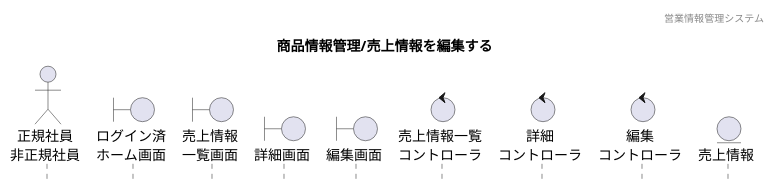
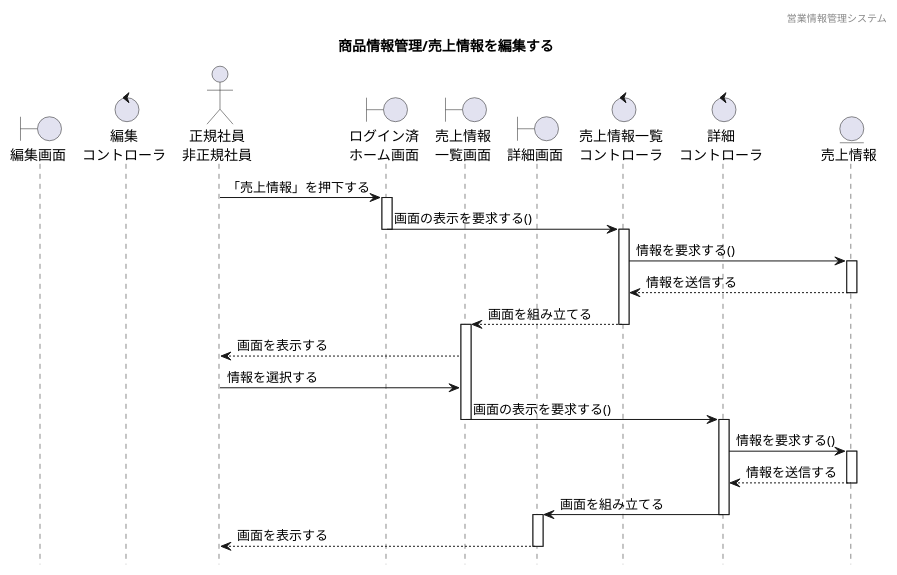
One commit to HaruShim/Sotuken changed the diagram in 各種設計書/4シーケンス図/商品情報管理/5.売上/未_売上情報管理_編集.plantuml. Above: the diagram before and after it, drawn with PlantUML. The commit also changed 9 other files, not shown here.

```diff
--- a/各種設計書/4シーケンス図/商品情報管理/5.売上/未_売上情報管理_編集.plantuml
+++ b/各種設計書/4シーケンス図/商品情報管理/5.売上/未_売上情報管理_編集.plantuml
@@ -1,24 +1,67 @@
 @startuml ../../images/売上/売上情報管理_編集
 
 hide footbox
 header 営業情報管理システム
 title 商品情報管理/売上情報を編集する
 
 ' actor "" as a
 actor "正規社員\n非正規社員" as a1
 
 ' boundary "" as b
 boundary "ログイン済\nホーム画面" as b1
 boundary "売上情報\n一覧画面" as b2
 boundary "詳細画面" as b3
 boundary "編集画面" as b4
 
 ' control "" as c
 control "売上情報一覧\nコントローラ" as c1
 control "詳細\nコントローラ" as c2
 control "編集\nコントローラ" as c3
 
 ' entity "" as e
 entity "売上情報" as e1
 
+' actor "" as a
+actor "正規社員\n非正規社員" as a1
+
+' boundary "" as b
+boundary "ログイン済\nホーム画面" as b1
+boundary "売上情報\n一覧画面" as b2
+boundary "詳細画面" as b3
+
+' control "" as c
+control "売上情報一覧\nコントローラ" as c1
+control "詳細\nコントローラ" as c2
+
+' entity "" as e
+entity "売上情報" as e1
+
+a1 -> b1 : 「売上情報」を押下する
+activate b1
+b1 -> c1 : 画面の表示を要求する()
+deactivate b1
+activate c1
+c1 -> e1 : 情報を要求する()
+activate e1
+e1 --> c1 : 情報を送信する
+deactivate e1
+c1 --> b2 : 画面を組み立てる
+deactivate c1
+activate b2
+b2 --> a1 : 画面を表示する
+a1 -> b2 : 情報を選択する
+b2 -> c2 : 画面の表示を要求する()
+deactivate b2
+activate c2
+c2 -> e1 : 情報を要求する()
+activate e1
+e1 --> c2 : 情報を送信する
+deactivate e1
+c2 -> b3 : 画面を組み立てる
+deactivate c2 
+activate b3
+b3 --> a1 : 画面を表示する
+deactivate b3
+
+
 @enduml
```
